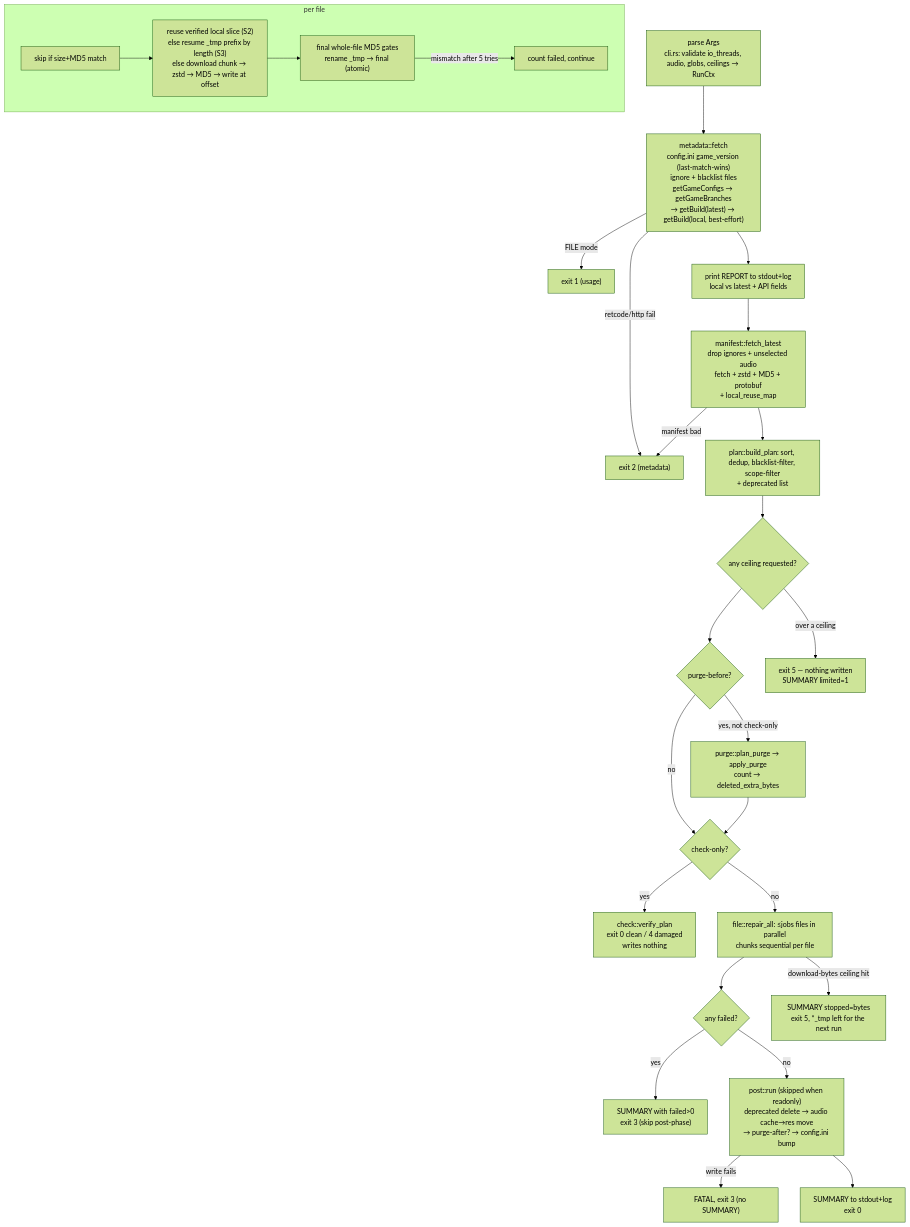
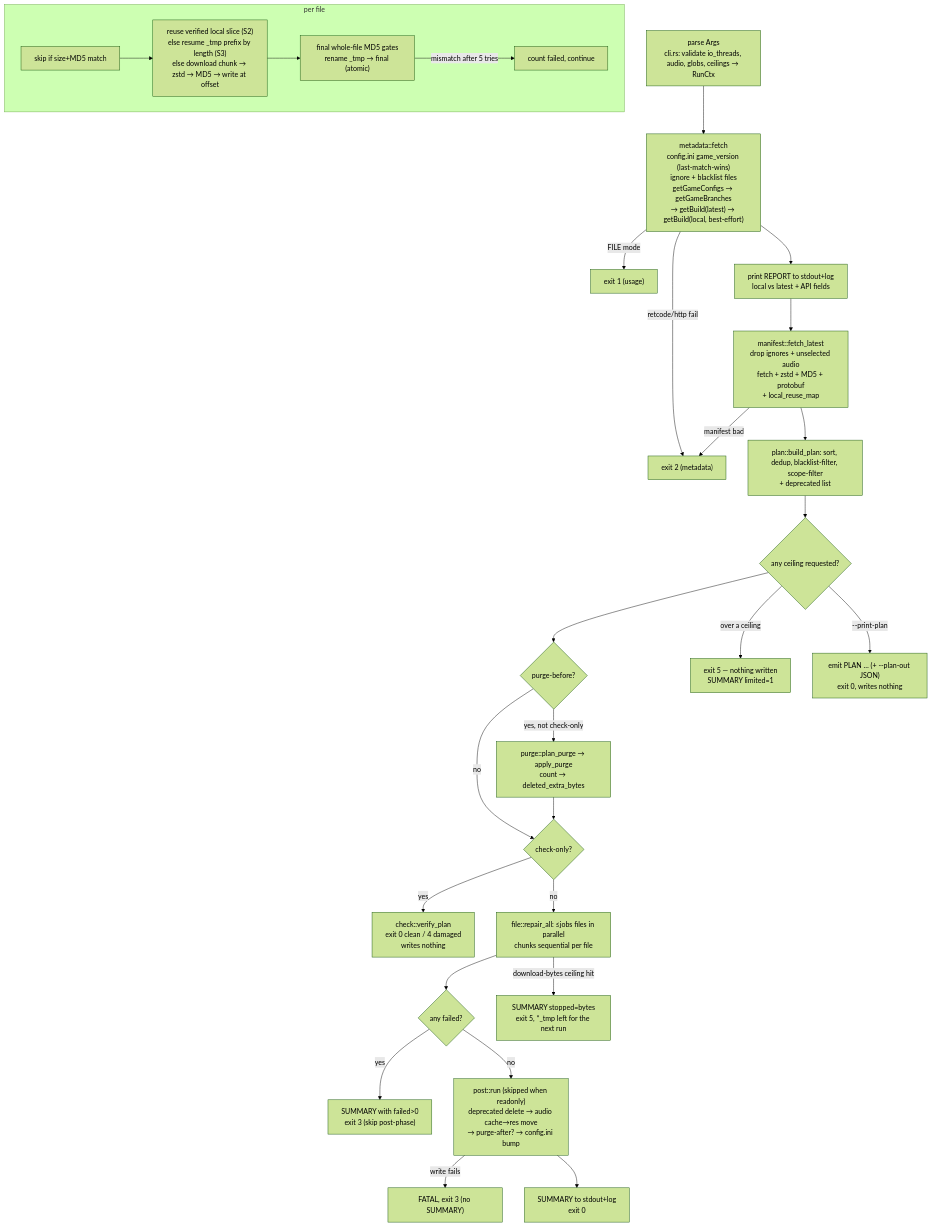
The diagram in README.md (bhbghghbgb/girpr), drawn with Mermaid (forest theme) before and after one commit. The commit also changed other lines of this file and 8 other files, not shown here.

````diff
--- a/README.md
+++ b/README.md
@@ -60,29 +61,30 @@
 ```mermaid
 flowchart TD
     A["parse Args<br/>cli.rs: validate io_threads, audio, globs, ceilings → RunCtx"] --> B["metadata::fetch<br/>config.ini game_version (last-match-wins)<br/>ignore + blacklist files<br/>getGameConfigs → getGameBranches<br/>→ getBuild(latest) → getBuild(local, best-effort)"]
     B -->|FILE mode| X1["exit 1 (usage)"]
     B -->|retcode/http fail| X2["exit 2 (metadata)"]
     B --> C["print REPORT to stdout+log<br/>local vs latest + API fields"]
     C --> D["manifest::fetch_latest<br/>drop ignores + unselected audio<br/>fetch + zstd + MD5 + protobuf<br/>+ local_reuse_map"]
     D -->|manifest bad| X2
     D --> E["plan::build_plan: sort, dedup, blacklist-filter, scope-filter<br/>+ deprecated list"]
     E --> E2{"any ceiling requested?"}
     E2 --> F{"purge-before?"}
     E2 -->|over a ceiling| X4["exit 5 — nothing written<br/>SUMMARY limited=1"]
+    E2 -->|"--print-plan"| P["emit PLAN … (+ --plan-out JSON)<br/>exit 0, writes nothing"]
     F -->|yes, not check-only| G["purge::plan_purge → apply_purge<br/>count → deleted_extra_bytes"]
     F -->|no| H{"check-only?"}
     G --> H
     H -->|yes| I["check::verify_plan<br/>exit 0 clean / 4 damaged<br/>writes nothing"]
     H -->|no| J["file::repair_all: ≤jobs files in parallel<br/>chunks sequential per file"]
     subgraph perfile ["per file"]
         J1["skip if size+MD5 match"] --> J2["reuse verified local slice (S2)<br/>else resume _tmp prefix by length (S3)<br/>else download chunk → zstd → MD5 → write at offset"]
         J2 --> J3["final whole-file MD5 gates<br/>rename _tmp → final (atomic)"]
         J3 -->|mismatch after 5 tries| J4["count failed, continue"]
     end
     J --> K{"any failed?"}
     K -->|yes| L["SUMMARY with failed>0<br/>exit 3 (skip post-phase)"]
     J -->|"download-bytes ceiling hit"| X5["SUMMARY stopped=bytes<br/>exit 5, *_tmp left for the next run"]
     K -->|no| M["post::run (skipped when readonly)<br/>deprecated delete → audio cache→res move<br/>→ purge-after? → config.ini bump"]
     M -->|write fails| X3["FATAL, exit 3 (no SUMMARY)"]
     M --> N["SUMMARY to stdout+log<br/>exit 0"]
 ```
````
